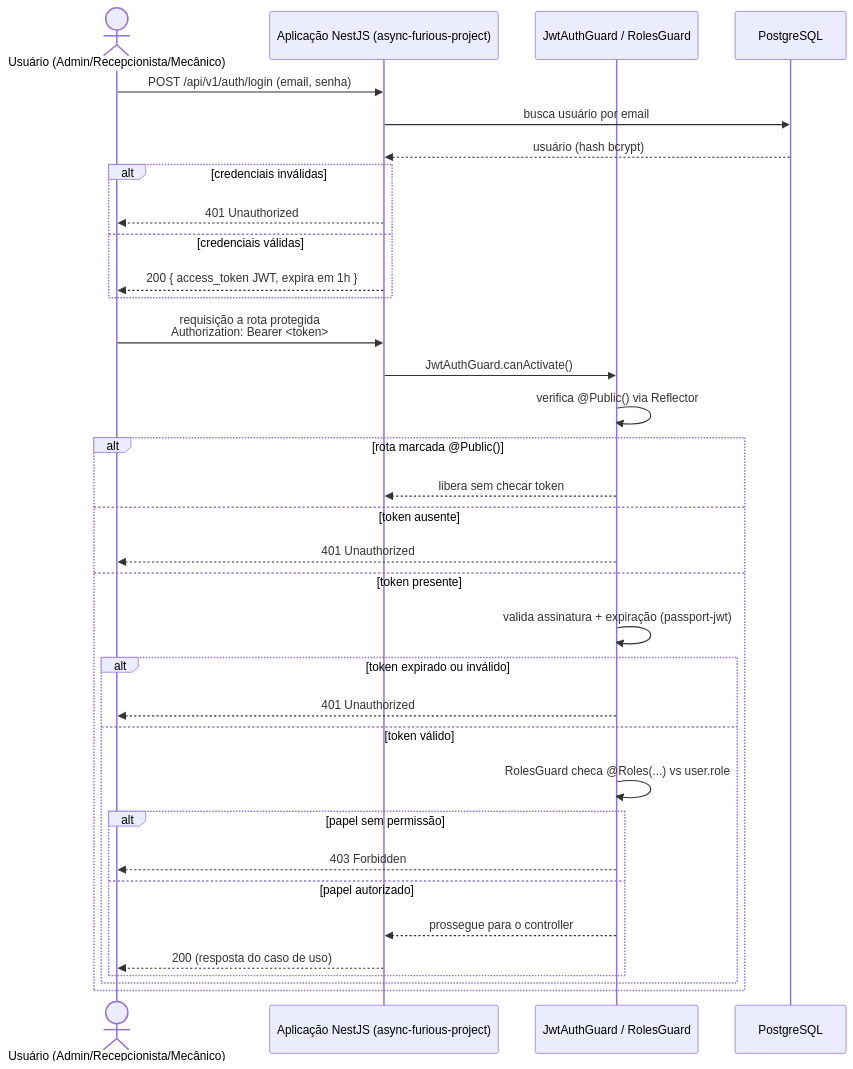
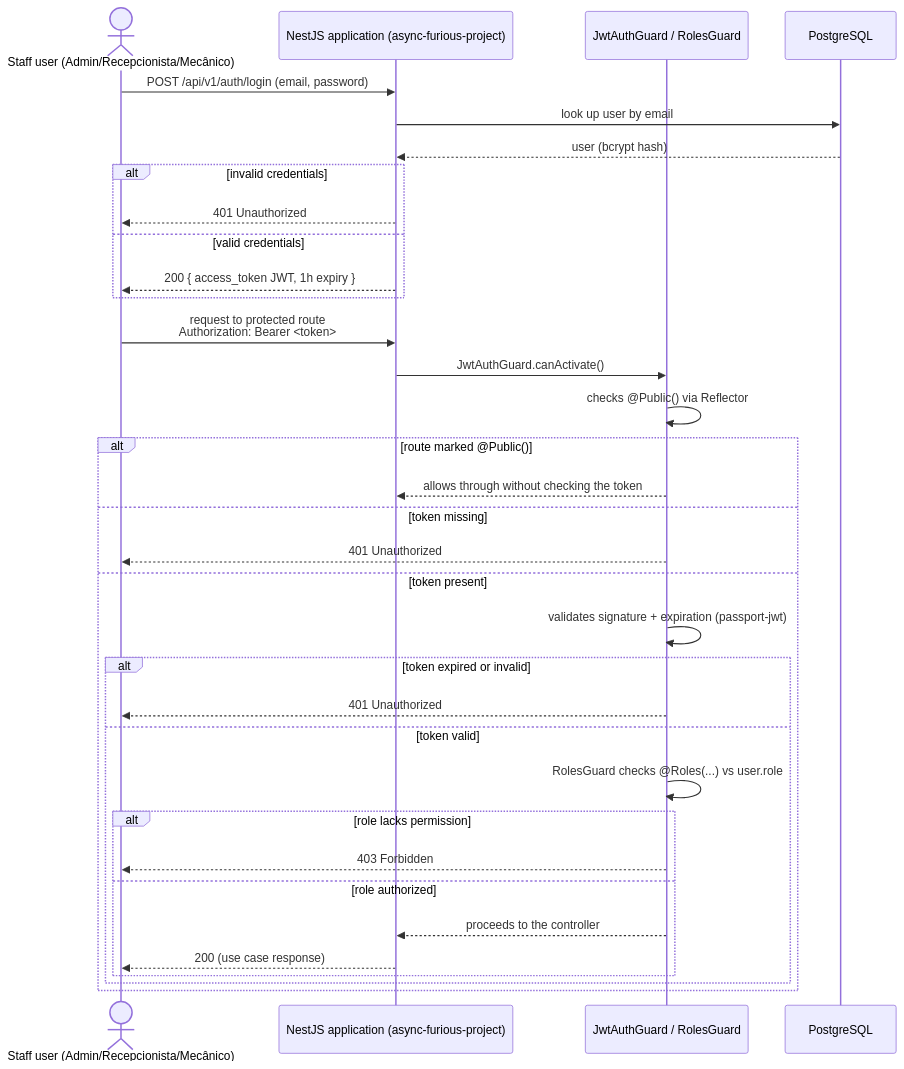
One commit to Async-And-Furious/async-furious-project changed the first of 2 diagrams in docs/architecture/authentication-flow.md. Above: the diagram before and after it, drawn with Mermaid. The commit also changed other lines of this file and 3 other files, not shown here.

First line of the commit message:
docs: update auth architecture docs to match implemented customer JWT flow

````diff
--- a/docs/architecture/authentication-flow.md
+++ b/docs/architecture/authentication-flow.md
@@ -14,38 +14,38 @@
 ```mermaid
 sequenceDiagram
-    actor U as Usuário (Admin/Recepcionista/Mecânico)
-    participant API as Aplicação NestJS (async-furious-project)
+    actor U as Staff user (Admin/Recepcionista/Mecânico)
+    participant API as NestJS application (async-furious-project)
     participant Guard as JwtAuthGuard / RolesGuard
     participant DB as PostgreSQL
 
-    U->>API: POST /api/v1/auth/login (email, senha)
-    API->>DB: busca usuário por email
-    DB-->>API: usuário (hash bcrypt)
-    alt credenciais inválidas
+    U->>API: POST /api/v1/auth/login (email, password)
+    API->>DB: look up user by email
+    DB-->>API: user (bcrypt hash)
+    alt invalid credentials
         API-->>U: 401 Unauthorized
-    else credenciais válidas
-        API-->>U: 200 { access_token JWT, expira em 1h }
+    else valid credentials
+        API-->>U: 200 { access_token JWT, 1h expiry }
     end
 
-    U->>API: requisição a rota protegida<br/>Authorization: Bearer <token>
+    U->>API: request to protected route<br/>Authorization: Bearer <token>
     API->>Guard: JwtAuthGuard.canActivate()
-    Guard->>Guard: verifica @Public() via Reflector
-    alt rota marcada @Public()
-        Guard-->>API: libera sem checar token
-    else token ausente
+    Guard->>Guard: checks @Public() via Reflector
+    alt route marked @Public()
+        Guard-->>API: allows through without checking the token
+    else token missing
         Guard-->>U: 401 Unauthorized
-    else token presente
-        Guard->>Guard: valida assinatura + expiração (passport-jwt)
-        alt token expirado ou inválido
+    else token present
+        Guard->>Guard: validates signature + expiration (passport-jwt)
+        alt token expired or invalid
             Guard-->>U: 401 Unauthorized
-        else token válido
-            Guard->>Guard: RolesGuard checa @Roles(...) vs user.role
-            alt papel sem permissão
+        else token valid
+            Guard->>Guard: RolesGuard checks @Roles(...) vs user.role
+            alt role lacks permission
                 Guard-->>U: 403 Forbidden
-            else papel autorizado
-                Guard-->>API: prossegue para o controller
-                API-->>U: 200 (resposta do caso de uso)
+            else role authorized
+                Guard-->>API: proceeds to the controller
+                API-->>U: 200 (use case response)
             end
         end
     end
 ```
````
